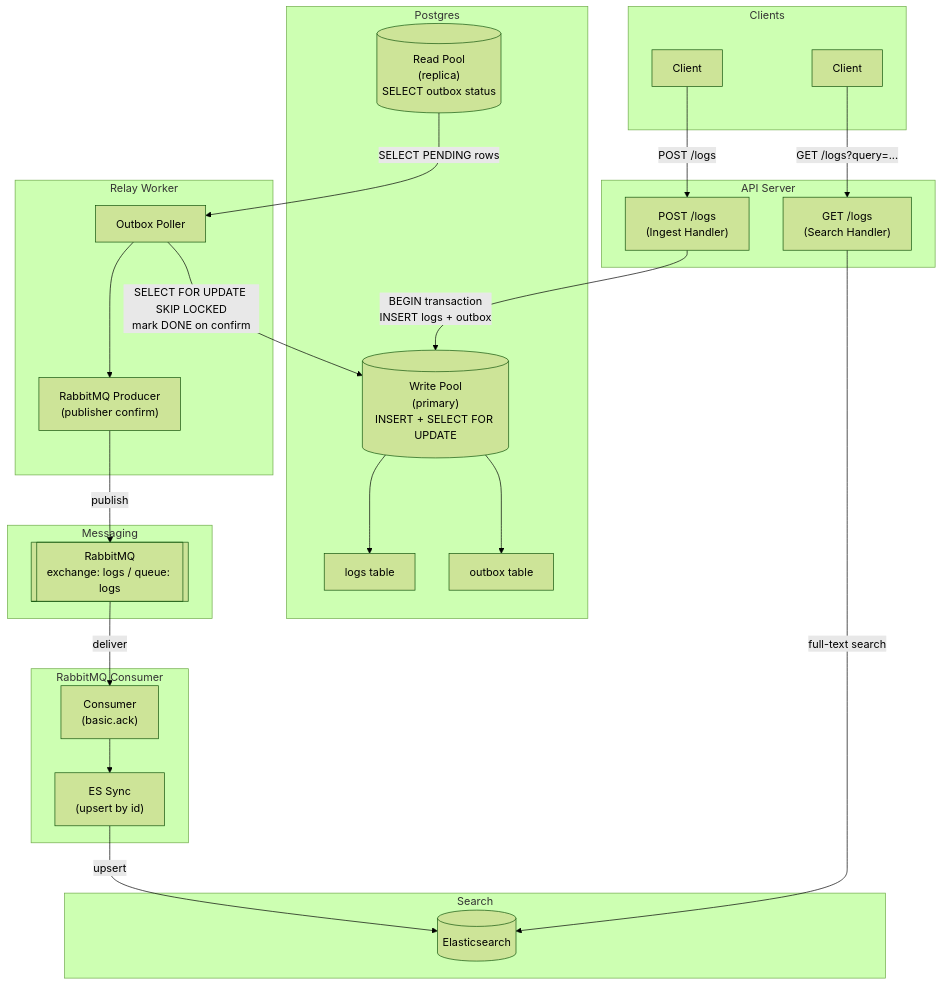
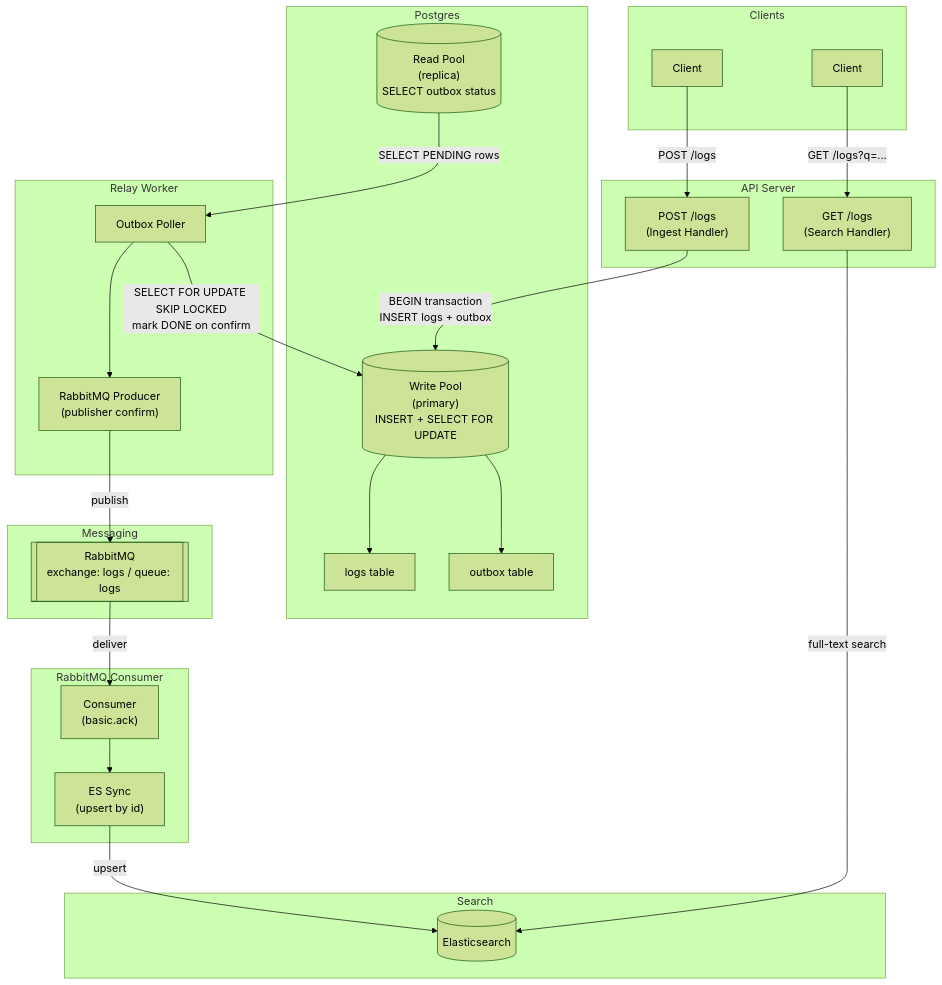
One commit to TheTangentLine/Learn_logging_system changed the diagram in README.md. Above: the diagram before and after it, drawn with Mermaid (forest theme). The commit also changed other lines of this file, not shown here.

````diff
--- a/README.md
+++ b/README.md
@@ -9,54 +9,54 @@
 ```mermaid
 flowchart TD
     subgraph clients [Clients]
         WriteClient["Client"]
         ReadClient["Client"]
     end
 
     subgraph apiServer [API Server]
         IngestHandler["POST /logs\n(Ingest Handler)"]
         SearchHandler["GET /logs\n(Search Handler)"]
     end
 
     subgraph postgres [Postgres]
         WritePool[("Write Pool\n(primary)\nINSERT + SELECT FOR UPDATE")]
         ReadPool[("Read Pool\n(replica)\nSELECT outbox status")]
         logsTable["logs table"]
         outboxTable["outbox table"]
         WritePool --> logsTable
         WritePool --> outboxTable
     end
 
     subgraph messaging [Messaging]
         RabbitMQ[["RabbitMQ\nexchange: logs / queue: logs"]]
     end
 
     subgraph search [Search]
         Elasticsearch[("Elasticsearch")]
     end
 
     subgraph relayWorker [Relay Worker]
         Poller["Outbox Poller"]
         Producer["RabbitMQ Producer\n(publisher confirm)"]
         Poller --> Producer
     end
 
     subgraph rmqConsumer [RabbitMQ Consumer]
         Consumer["Consumer\n(basic.ack)"]
         ESSync["ES Sync\n(upsert by id)"]
         Consumer --> ESSync
     end
 
     WriteClient -->|"POST /logs"| IngestHandler
     IngestHandler -->|"BEGIN transaction\nINSERT logs + outbox"| WritePool
 
     ReadPool -->|"SELECT PENDING rows"| Poller
     Poller -->|"SELECT FOR UPDATE SKIP LOCKED\nmark DONE on confirm"| WritePool
     Producer -->|"publish"| RabbitMQ
 
     RabbitMQ -->|"deliver"| Consumer
     ESSync -->|"upsert"| Elasticsearch
 
-    ReadClient -->|"GET /logs?query=..."| SearchHandler
+    ReadClient -->|"GET /logs?q=..."| SearchHandler
     SearchHandler -->|"full-text search"| Elasticsearch
 ```
````
